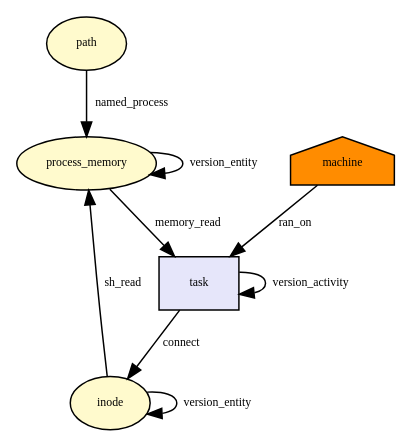
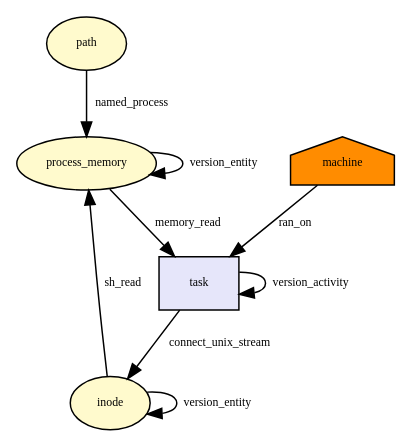
One commit to CamFlow/camflow-dev changed the diagram in docs/dot/unix_stream_connect.dot. Above: the diagram before and after it, drawn with Graphviz. The commit also changed 7 other files, not shown here.

Commit message:
add RL_CONNECT_UNIX_STREAM relation

```diff
--- a/docs/dot/unix_stream_connect.dot
+++ b/docs/dot/unix_stream_connect.dot
@@ -1,27 +1,27 @@
 digraph RGL__DirectedAdjacencyGraph {path[fontsize = 8,label = path,shape = ellipse, fillcolor="#fffacd", style = filled]
 
 process_memory[fontsize = 8,label = process_memory,shape = ellipse, fillcolor="#fffacd", style = filled]
 
 path -> process_memory[fontsize = 8,label = named_process]
 
 machine[fontsize = 8,label = machine,shape = house, fillcolor="#ff8c00", style = filled]
 
 task[fontsize = 8,label = task,shape = rectangle, fillcolor="#e6e6fa", style = filled]
 
 machine -> task[fontsize = 8,label = ran_on]
 
 process_memory -> task[fontsize = 8,label = memory_read]
 
 inode[fontsize = 8,label = inode,shape = ellipse, fillcolor="#fffacd", style = filled]
 
-task -> inode[fontsize = 8,label = connect]
+task -> inode[fontsize = 8,label = connect_unix_stream]
 
 task -> task[fontsize = 8,label = version_activity]
 
 inode -> inode[fontsize = 8,label = version_entity]
 
 inode -> process_memory[fontsize = 8,label = sh_read]
 
 process_memory -> process_memory[fontsize = 8,label = version_entity]
 
 }
```
